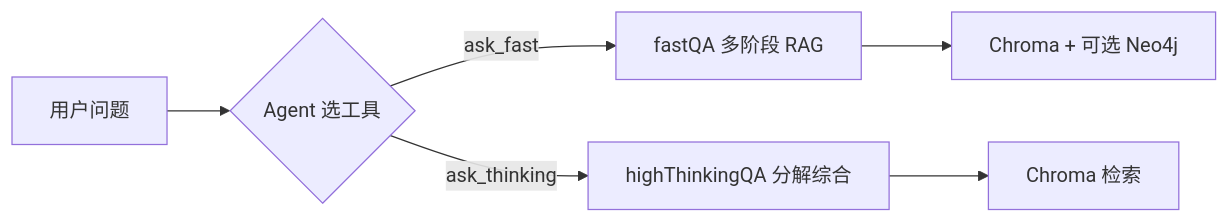
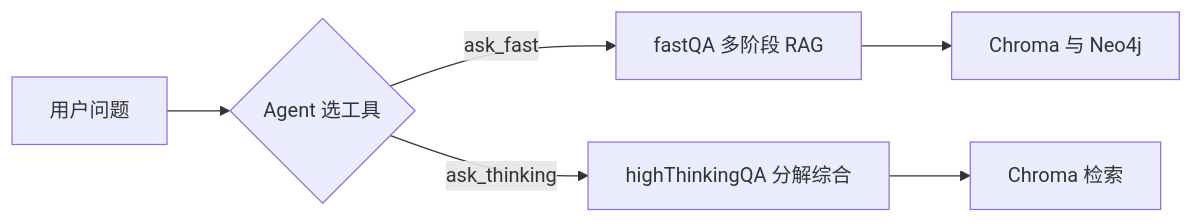
Before and after one commit to BaBaoZhooou/SSE_QA: the third of 3 diagrams in README.md, drawn with Mermaid. The commit also changed other lines of this file and 1 other file, not shown here.

First line of the commit message:
docs: fix GitHub README rendering (Mermaid and math)

````diff
--- a/README.md
+++ b/README.md
@@ -328,8 +332,8 @@
 ```mermaid
 flowchart LR
   Q[用户问题] --> Agent{Agent 选工具}
   Agent -->|ask_fast| F_RAG[fastQA 多阶段 RAG]
   Agent -->|ask_thinking| T_DEC[highThinkingQA 分解综合]
-  F_RAG --> F_VEC[Chroma + 可选 Neo4j]
+  F_RAG --> F_VEC[Chroma 与 Neo4j]
   T_DEC --> T_VEC[Chroma 检索]
 ```
````
